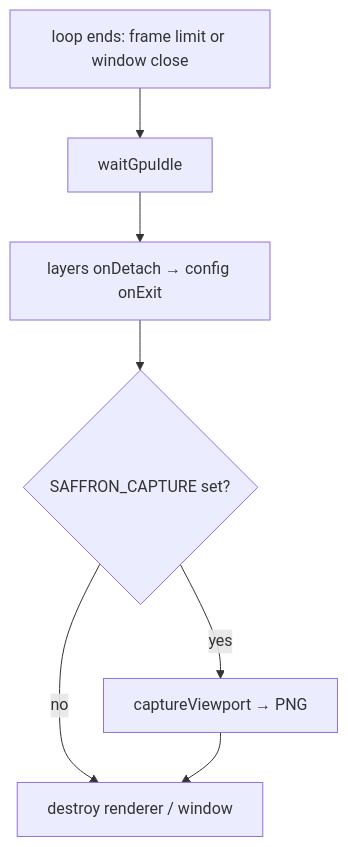
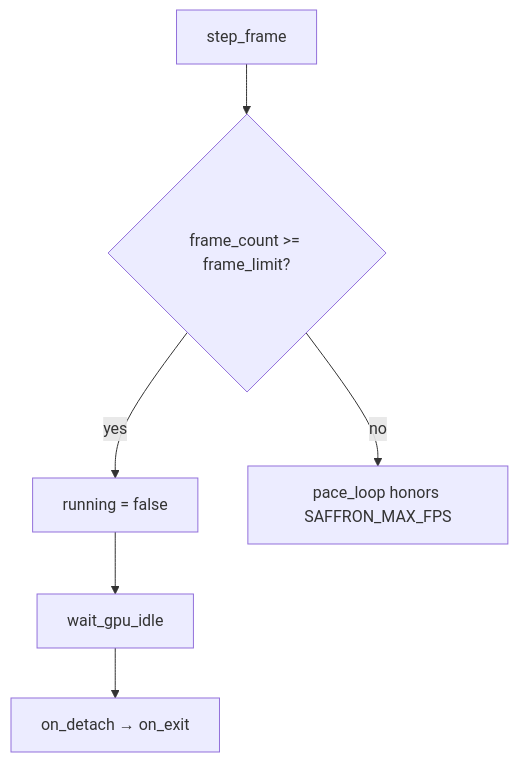
The diagram in docs/content/explanations/app-lifecycle-and-window/headless-and-capture.md (saffronjam/saffron-anima), drawn with Mermaid before and after one commit. The commit also changed other lines of this file and 5 other files, not shown here.

````diff
--- a/docs/content/explanations/app-lifecycle-and-window/headless-and-capture.md
+++ b/docs/content/explanations/app-lifecycle-and-window/headless-and-capture.md
@@ -63,9 +51,8 @@
 ```mermaid
 flowchart TD
-    L[loop ends: frame limit or window close] --> WI[waitGpuIdle]
-    WI --> D[layers onDetach → config onExit]
-    D --> C{SAFFRON_CAPTURE set?}
-    C -- yes --> CV[captureViewport → PNG]
-    C -- no --> T[destroy renderer / window]
-    CV --> T
+    S[step_frame] --> C{frame_count >= frame_limit?}
+    C -- yes --> R["running = false"]
+    C -- no --> P[pace_loop honors SAFFRON_MAX_FPS]
+    R --> WI[wait_gpu_idle]
+    WI --> D[on_detach → on_exit]
 ```
````
